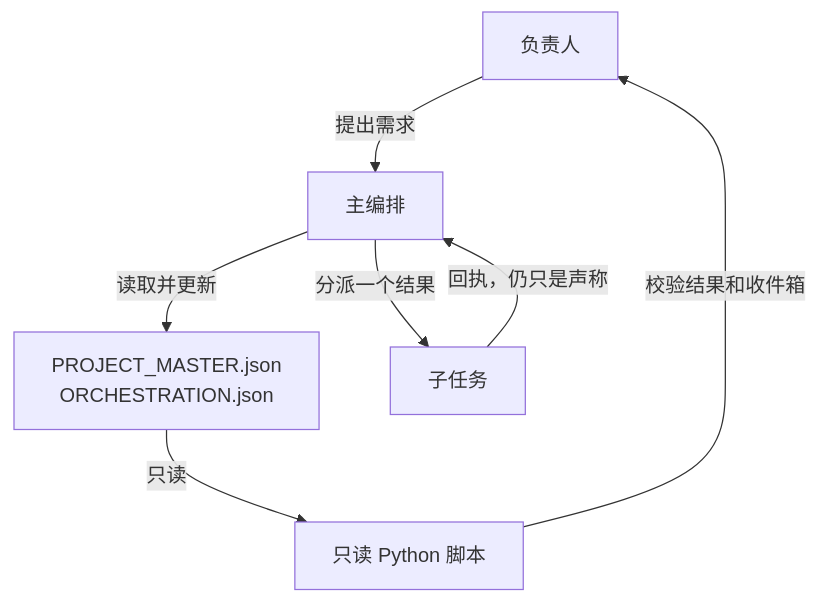
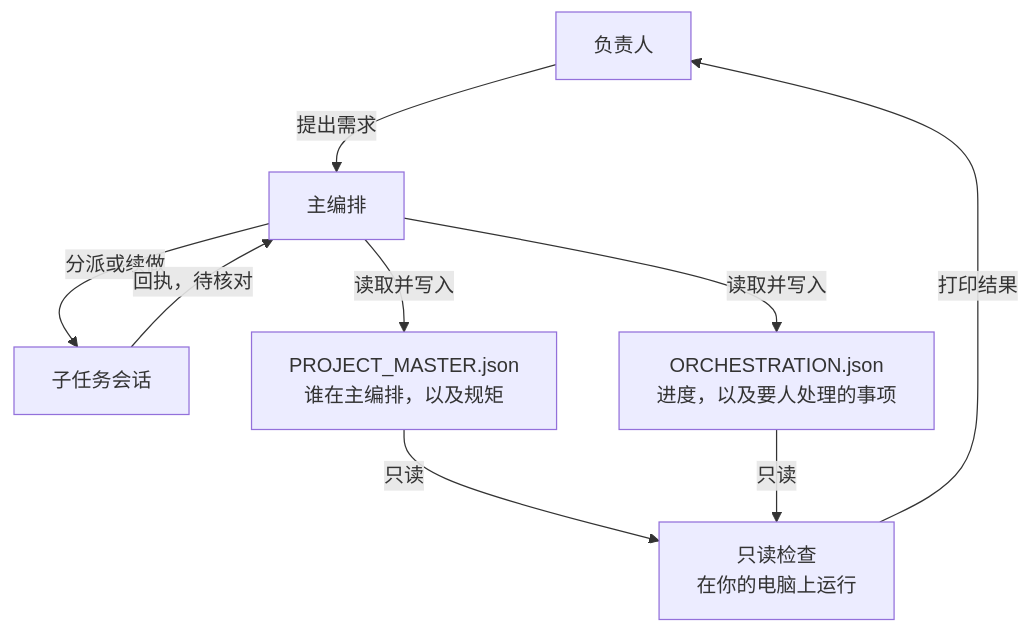
Before and after one commit to dlxeva/PMOP: the diagram in README.zh-CN.md, drawn with Mermaid. The commit also changed other lines of this file and 1 other file, not shown here.

Commit message:
Move the architecture flowchart to the top of both READMEs
Show the person, coordinating session, task sessions, both JSON files, and the local read-only checks immediately after the one-line description. Remove the repeated diagram lower down.

````diff
--- a/README.zh-CN.md
+++ b/README.zh-CN.md
@@ -49,15 +7,18 @@
 ```mermaid
 flowchart TD
-  owner[负责人]
-  master[主编排]
-  files["PROJECT_MASTER.json<br/>ORCHESTRATION.json"]
-  child[子任务]
-  tools[只读 Python 脚本]
+  human["负责人"]
+  master["主编排"]
+  tasks["子任务会话"]
+  idFile["PROJECT_MASTER.json<br/>谁在主编排，以及规矩"]
+  stateFile["ORCHESTRATION.json<br/>进度，以及要人处理的事项"]
+  scripts["只读检查<br/>在你的电脑上运行"]
 
-  owner -->|提出需求| master
-  master -->|读取并更新| files
-  master -->|分派一个结果| child
-  child -->|回执，仍只是声称| master
-  files -->|只读| tools
-  tools -->|校验结果和收件箱| owner
+  human -->|提出需求| master
+  master -->|分派或续做| tasks
+  tasks -->|"回执，待核对"| master
+  master -->|读取并写入| idFile
+  master -->|读取并写入| stateFile
+  idFile -->|只读| scripts
+  stateFile -->|只读| scripts
+  scripts -->|打印结果| human
 ```
````
